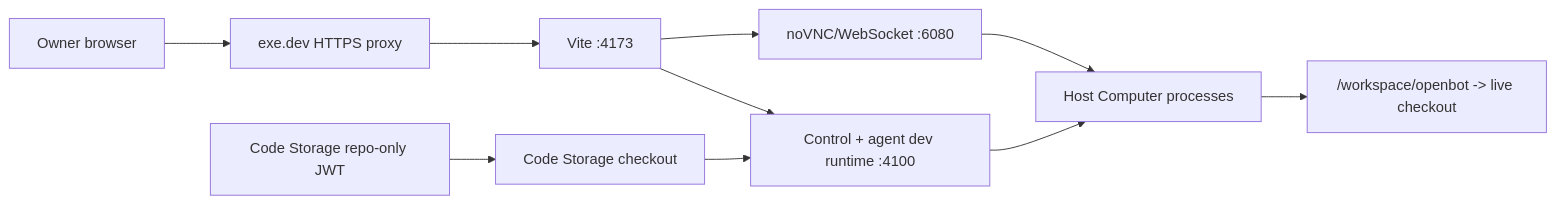
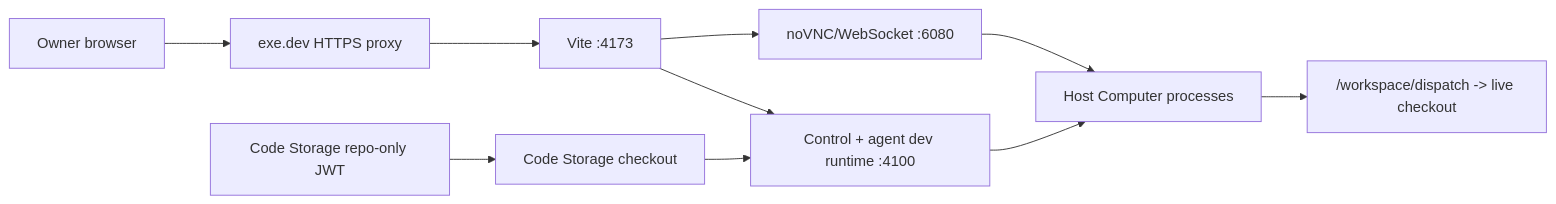
One commit to trytilde/dispatch changed the diagram in docs/updates/97.md. Above: the diagram before and after it, drawn with Mermaid. The commit also changed other lines of this file and 668 other files, not shown here.

````diff
--- a/docs/updates/97.md
+++ b/docs/updates/97.md
@@ -41,12 +41,12 @@
 ```mermaid
 flowchart LR
   Owner["Owner browser"] --> Edge["exe.dev HTTPS proxy"]
   Edge --> Vite["Vite :4173"]
   Vite --> Runtime["Control + agent dev runtime :4100"]
   Vite --> VNC["noVNC/WebSocket :6080"]
   Runtime --> Host["Host Computer processes"]
   VNC --> Host
-  Host --> Workspace["/workspace/openbot -> live checkout"]
+  Host --> Workspace["/workspace/dispatch -> live checkout"]
   Git["Code Storage repo-only JWT"] --> Checkout["Code Storage checkout"]
   Checkout --> Runtime
 ```
````
